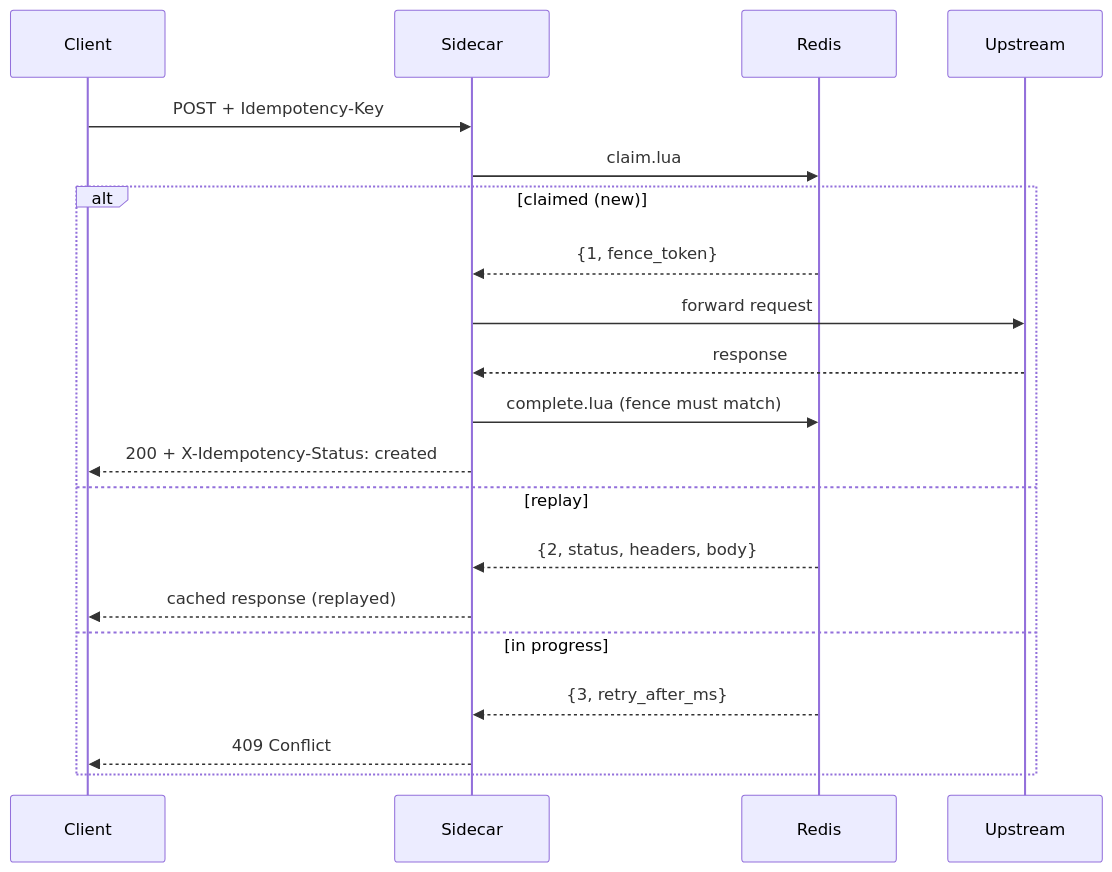
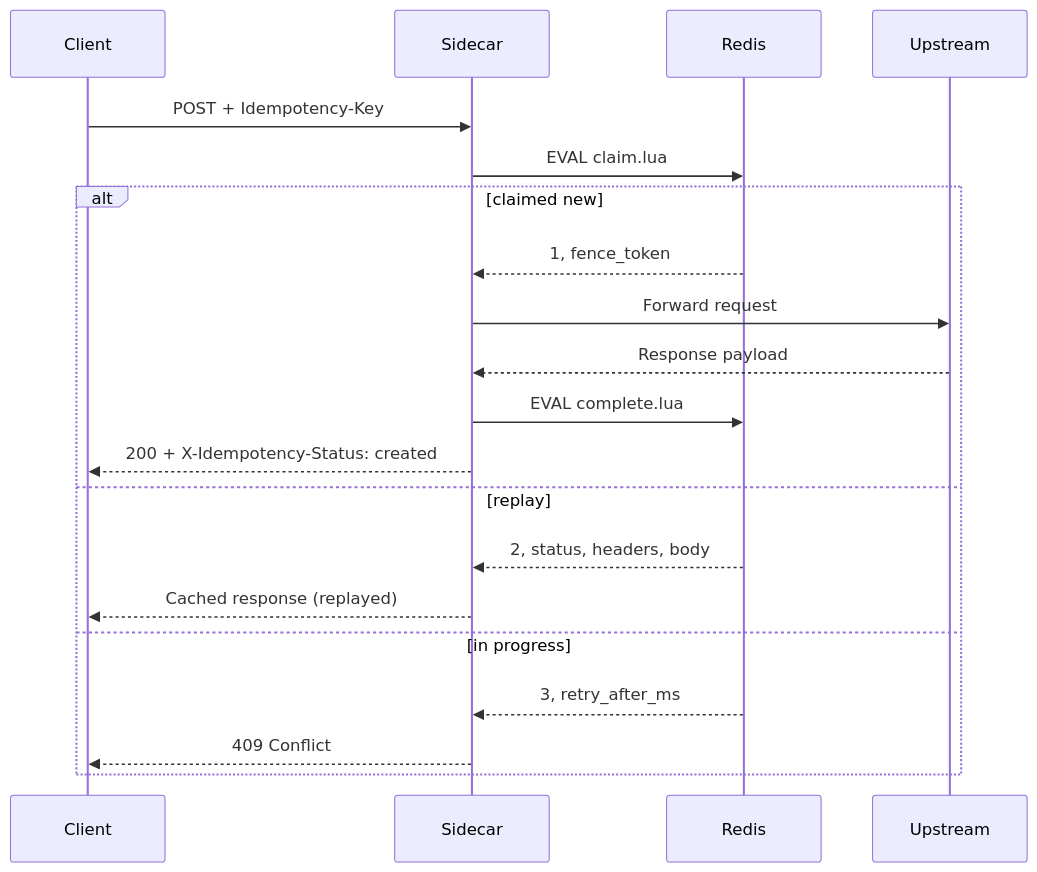
The second of 2 diagrams in docs/architecture/idempotency-architecture.md (RUDRA-PRATAP-SINGH01/Distributed-rate-limiter), drawn with Mermaid before and after one commit. The commit also changed other lines of this file and 1 other file, not shown here.

Commit message:
docs: fix Mermaid syntax for GitHub Markdown rendering in README and architecture docs

````diff
--- a/docs/architecture/idempotency-architecture.md
+++ b/docs/architecture/idempotency-architecture.md
@@ -40,23 +40,23 @@
 ```mermaid
 sequenceDiagram
   participant C as Client
   participant S as Sidecar
   participant R as Redis
   participant U as Upstream
 
   C->>S: POST + Idempotency-Key
-  S->>R: claim.lua
-  alt claimed (new)
-    R-->>S: {1, fence_token}
-    S->>U: forward request
-    U-->>S: response
-    S->>R: complete.lua (fence must match)
+  S->>R: EVAL claim.lua
+  alt claimed new
+    R-->>S: 1, fence_token
+    S->>U: Forward request
+    U-->>S: Response payload
+    S->>R: EVAL complete.lua
     S-->>C: 200 + X-Idempotency-Status: created
   else replay
-    R-->>S: {2, status, headers, body}
-    S-->>C: cached response (replayed)
+    R-->>S: 2, status, headers, body
+    S-->>C: Cached response (replayed)
   else in progress
-    R-->>S: {3, retry_after_ms}
+    R-->>S: 3, retry_after_ms
     S-->>C: 409 Conflict
   end
 ```
````
